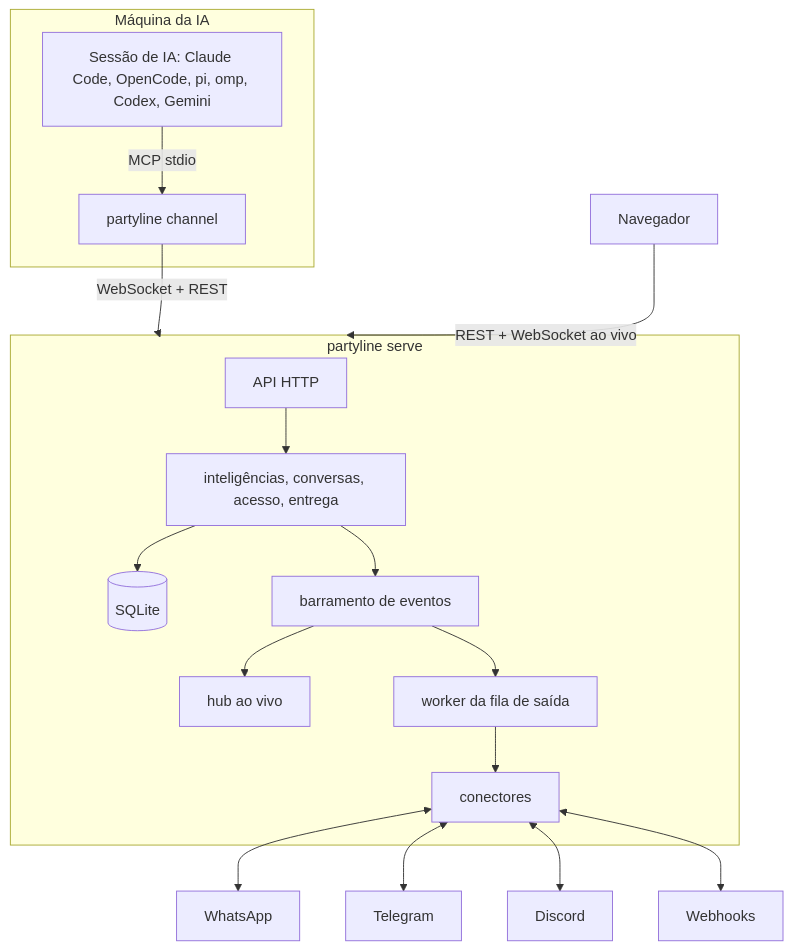
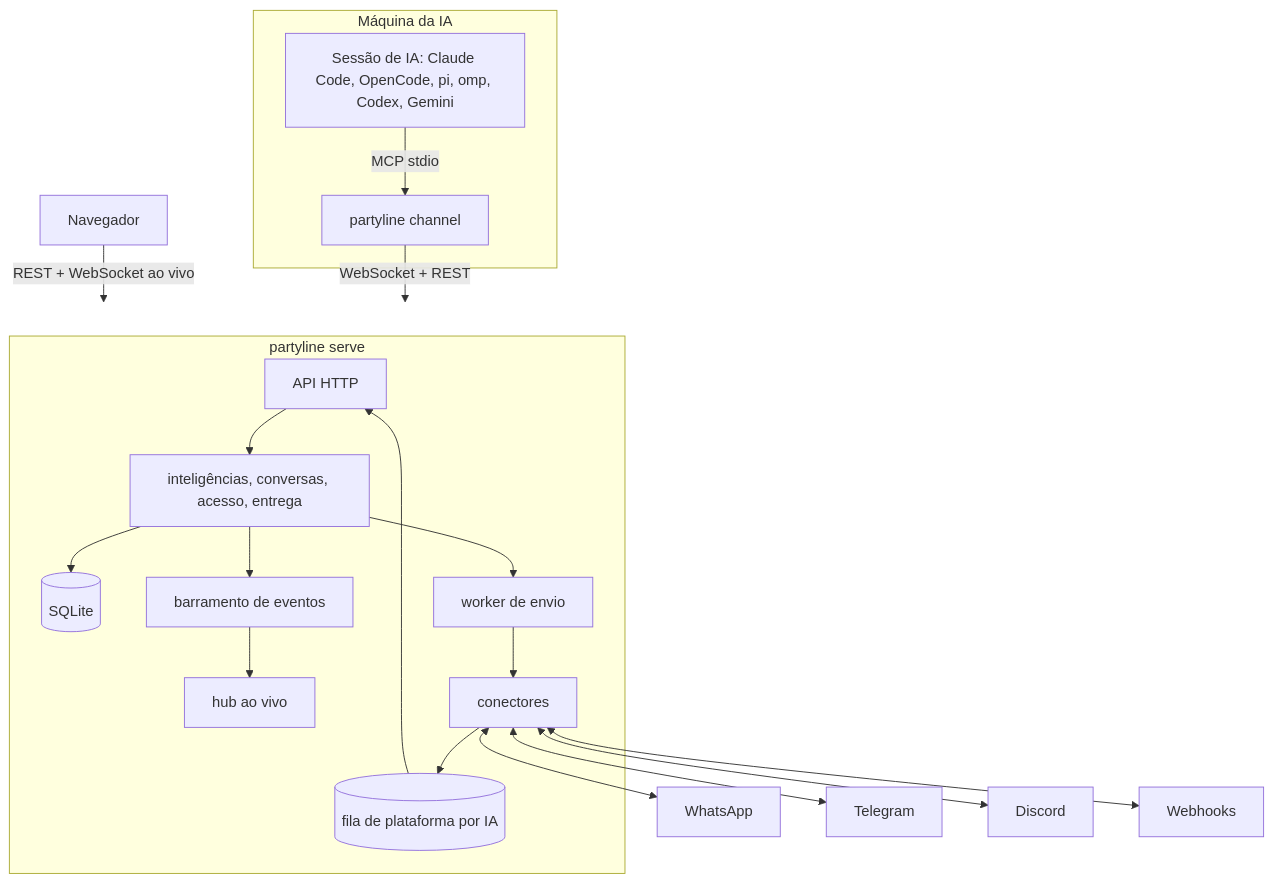
Before and after one commit to wnexous/partyline: the diagram in README.pt-BR.md, drawn with Mermaid. The commit also changed other lines of this file and 8 other files, not shown here.

````diff
--- a/README.pt-BR.md
+++ b/README.pt-BR.md
@@ -46,17 +50,19 @@
 ```mermaid
 graph TD
   subgraph host[Máquina da IA]
     CC[Sessão de IA: Claude Code, OpenCode, pi, omp, Codex, Gemini] -- MCP stdio --> CH[partyline channel]
   end
   CH -- WebSocket + REST --> SRV
   Navegador -- REST + WebSocket ao vivo --> SRV
   subgraph SRV[partyline serve]
     API[API HTTP] --> SVC[inteligências, conversas, acesso, entrega]
     SVC --> DB[(SQLite)]
     SVC --> BUS[barramento de eventos]
     BUS --> LIVE[hub ao vivo]
-    BUS --> OUT[worker da fila de saída]
-    OUT --> CON[conectores]
+    CON[conectores] --> Q[(fila de plataforma por IA)]
+    Q --> API
+    SVC --> SEND[worker de envio]
+    SEND --> CON
   end
   CON <--> WA[WhatsApp] & TG[Telegram] & DC[Discord] & WH[Webhooks]
 ```
````
